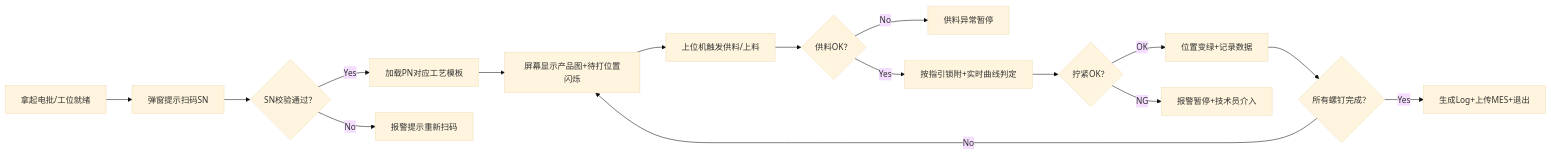
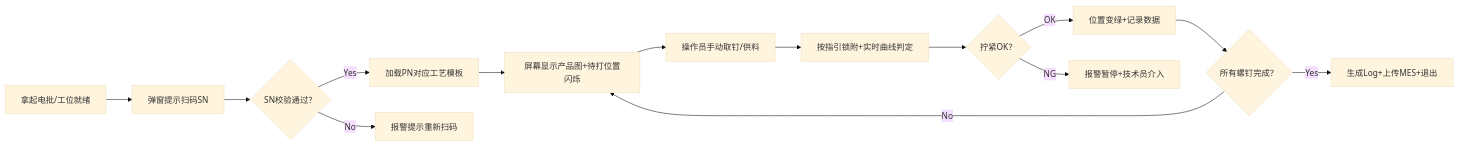
The diagram in doc/PRD.md (JacobLiou/AutoScrew), drawn with Mermaid (base theme) before and after one commit. The commit also changed other lines of this file and 6 other files, not shown here.

````diff
--- a/doc/PRD.md
+++ b/doc/PRD.md
@@ -80,18 +82,16 @@
 ```mermaid
 graph LR
     A["拿起电批/工位就绪"] --> B["弹窗提示扫码SN"]
     B --> C{"SN校验通过？"}
     C -->|Yes| D["加载PN对应工艺模板"]
     C -->|No| E["报警提示重新扫码"]
     D --> F["屏幕显示产品图+待打位置闪烁"]
-    F --> G["上位机触发供料/上料"]
-    G --> G2{"供料OK？"}
-    G2 -->|No| J2["供料异常暂停"]
-    G2 -->|Yes| H["按指引锁附+实时曲线判定"]
+    F --> G["操作员手动取钉/供料"]
+    G --> H["按指引锁附+实时曲线判定"]
     H --> I{"拧紧OK？"}
     I -->|OK| K["位置变绿+记录数据"]
     I -->|NG| J["报警暂停+技术员介入"]
     K --> L{"所有螺钉完成？"}
     L -->|No| F
     L -->|Yes| M["生成Log+上传MES+退出"]
 ```
````
